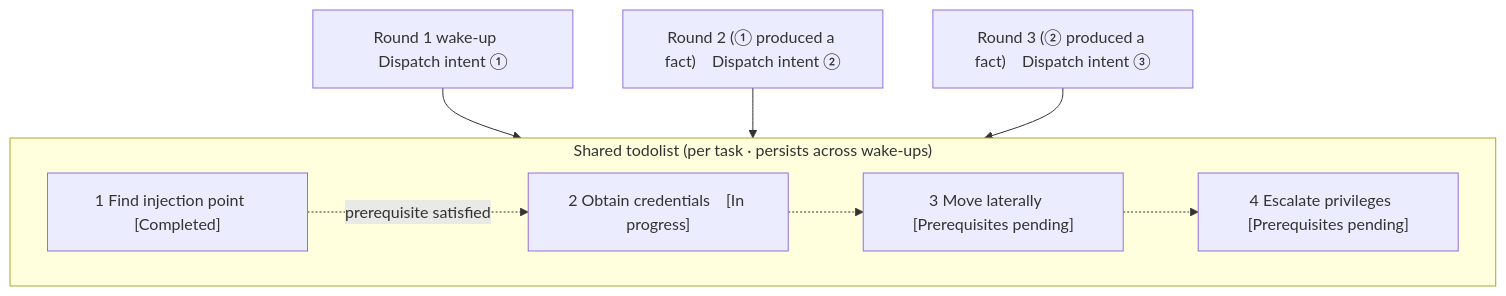
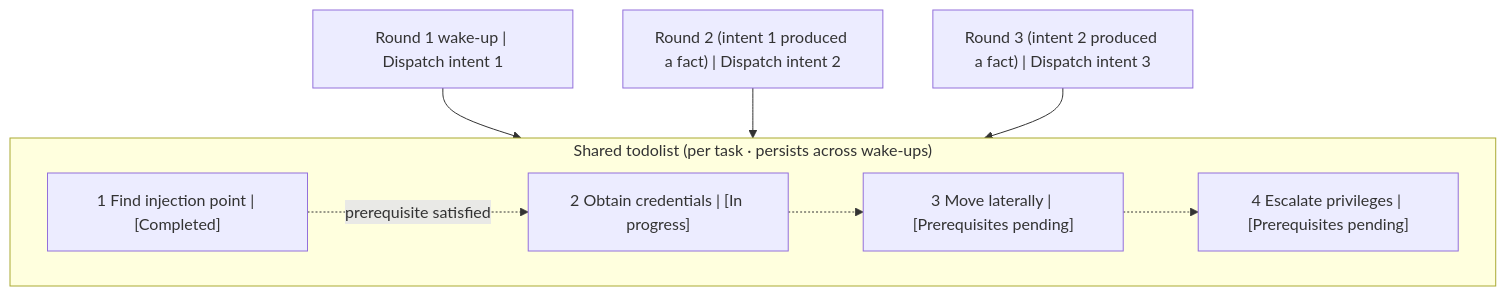
One commit to acheong08/artex changed the fifth of 5 diagrams in README.md. Above: the diagram before and after it, drawn with Mermaid. The commit also changed other lines of this file and 267 other files, not shown here.

````diff
--- a/README.md
+++ b/README.md
@@ -434,14 +434,14 @@
 ```mermaid
 flowchart TB
   subgraph TODO["Shared todolist (per task · persists across wake-ups)"]
     direction LR
-    T1["1 Find injection point　[Completed]"]
-    T2["2 Obtain credentials　[In progress]"]
-    T3["3 Move laterally　[Prerequisites pending]"]
-    T4["4 Escalate privileges　[Prerequisites pending]"]
+    T1["1 Find injection point | [Completed]"]
+    T2["2 Obtain credentials | [In progress]"]
+    T3["3 Move laterally | [Prerequisites pending]"]
+    T4["4 Escalate privileges | [Prerequisites pending]"]
     T1 -.prerequisite satisfied.-> T2 -.-> T3 -.-> T4
   end
-  R1["Round 1 wake-up　Dispatch intent ①"] --> T1
-  R2["Round 2 (① produced a fact)　Dispatch intent ②"] --> T2
-  R3["Round 3 (② produced a fact)　Dispatch intent ③"] --> T3
+  R1["Round 1 wake-up | Dispatch intent 1"] --> T1
+  R2["Round 2 (intent 1 produced a fact) | Dispatch intent 2"] --> T2
+  R3["Round 3 (intent 2 produced a fact) | Dispatch intent 3"] --> T3
 ```
````
